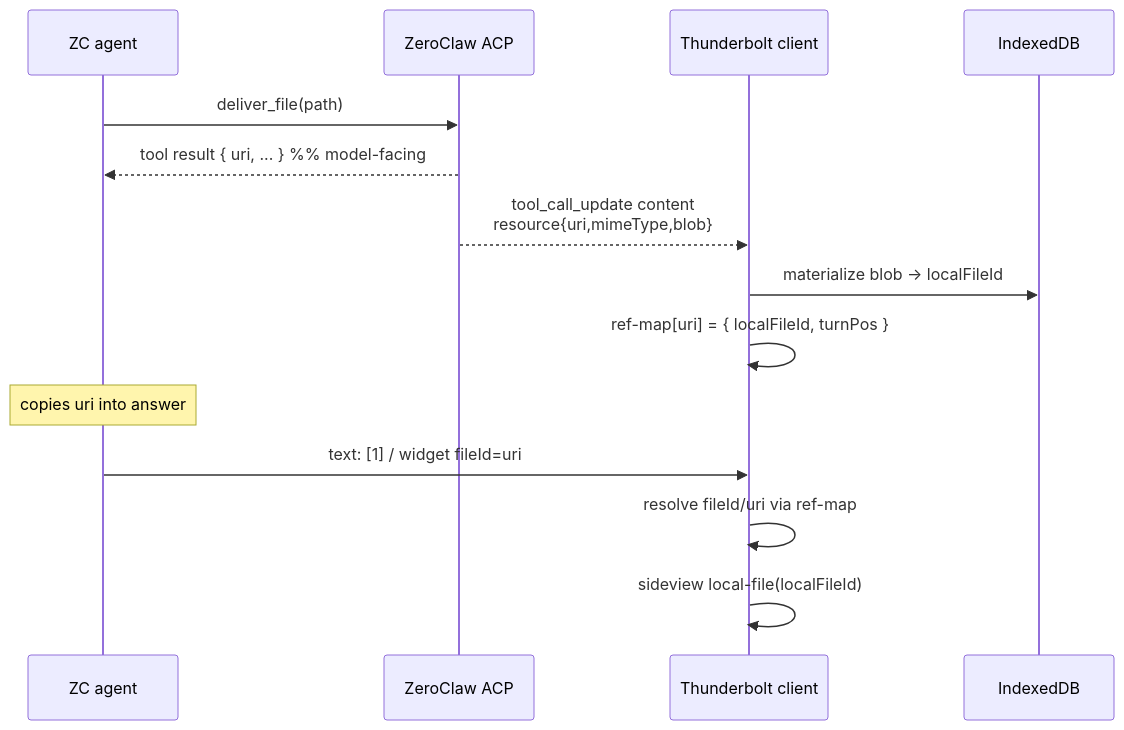
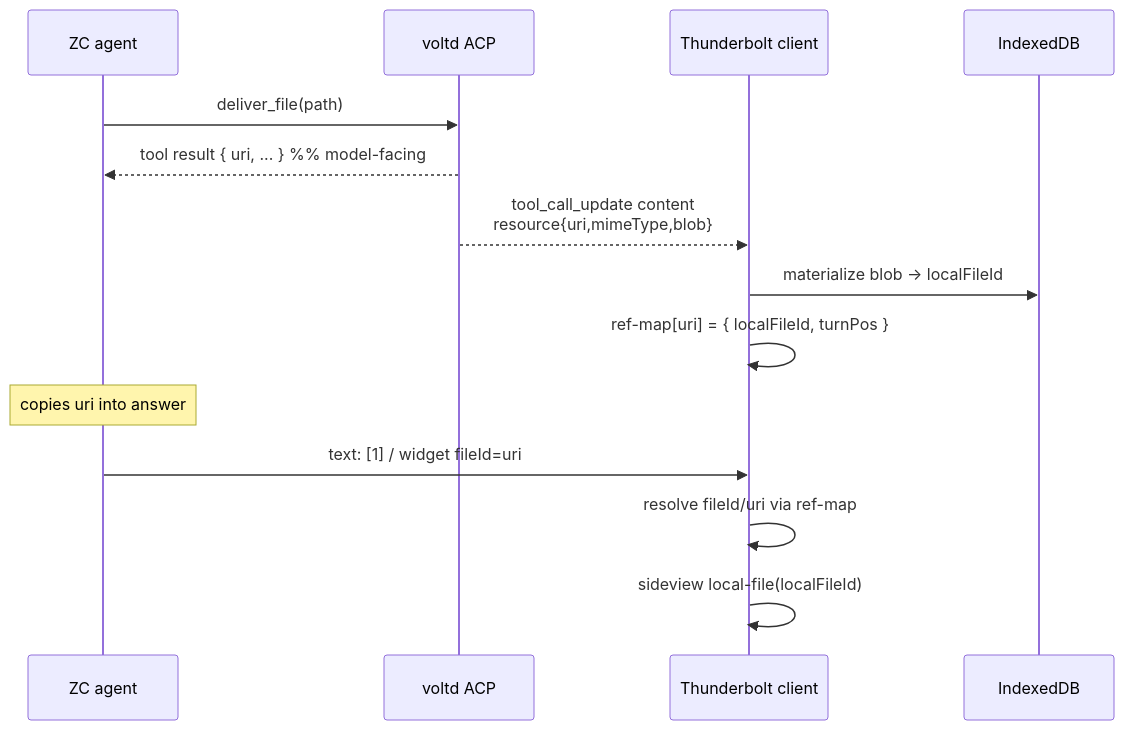
The first of 2 diagrams in zeroclaw-integration/specs/2026-07-18-citations-widgets-acp-design.md (metalmon/thunderbolt), drawn with Mermaid before and after one commit. The commit also changed other lines of this file and 2 other files, not shown here.

````diff
--- a/zeroclaw-integration/specs/2026-07-18-citations-widgets-acp-design.md
+++ b/zeroclaw-integration/specs/2026-07-18-citations-widgets-acp-design.md
@@ -73,17 +73,17 @@
 ```mermaid
 sequenceDiagram
   participant Agent as ZC agent
-  participant ZC as ZeroClaw ACP
+  participant ZC as voltd ACP
   participant TB as Thunderbolt client
   participant IDB as IndexedDB
 
   Agent->>ZC: deliver_file(path)
   ZC-->>Agent: tool result { uri, ... }  %% model-facing
   ZC-->>TB: tool_call_update content<br/>resource{uri,mimeType,blob}
   TB->>IDB: materialize blob → localFileId
   TB->>TB: ref-map[uri] = { localFileId, turnPos }
   Note over Agent: copies uri into answer
   Agent->>TB: text: [1] / widget fileId=uri
   TB->>TB: resolve fileId/uri via ref-map
   TB->>TB: sideview local-file(localFileId)
 ```
````
